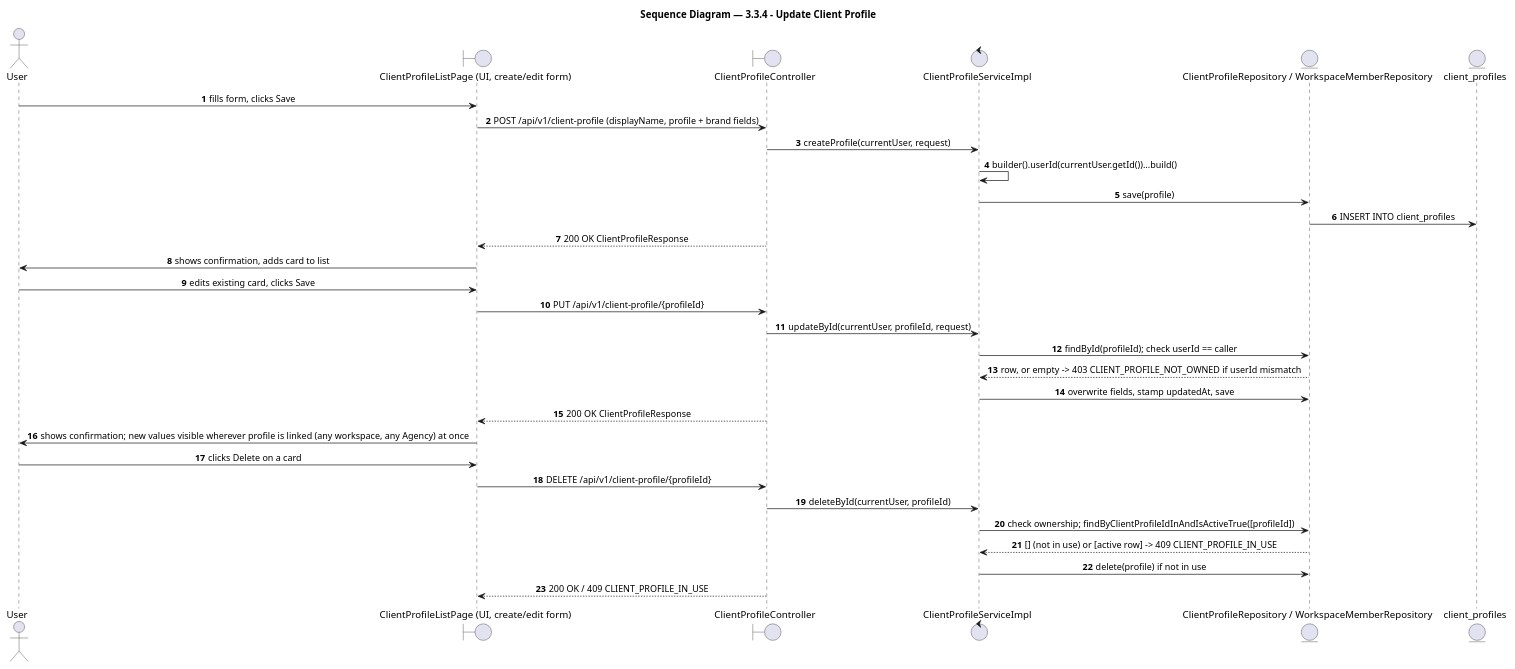
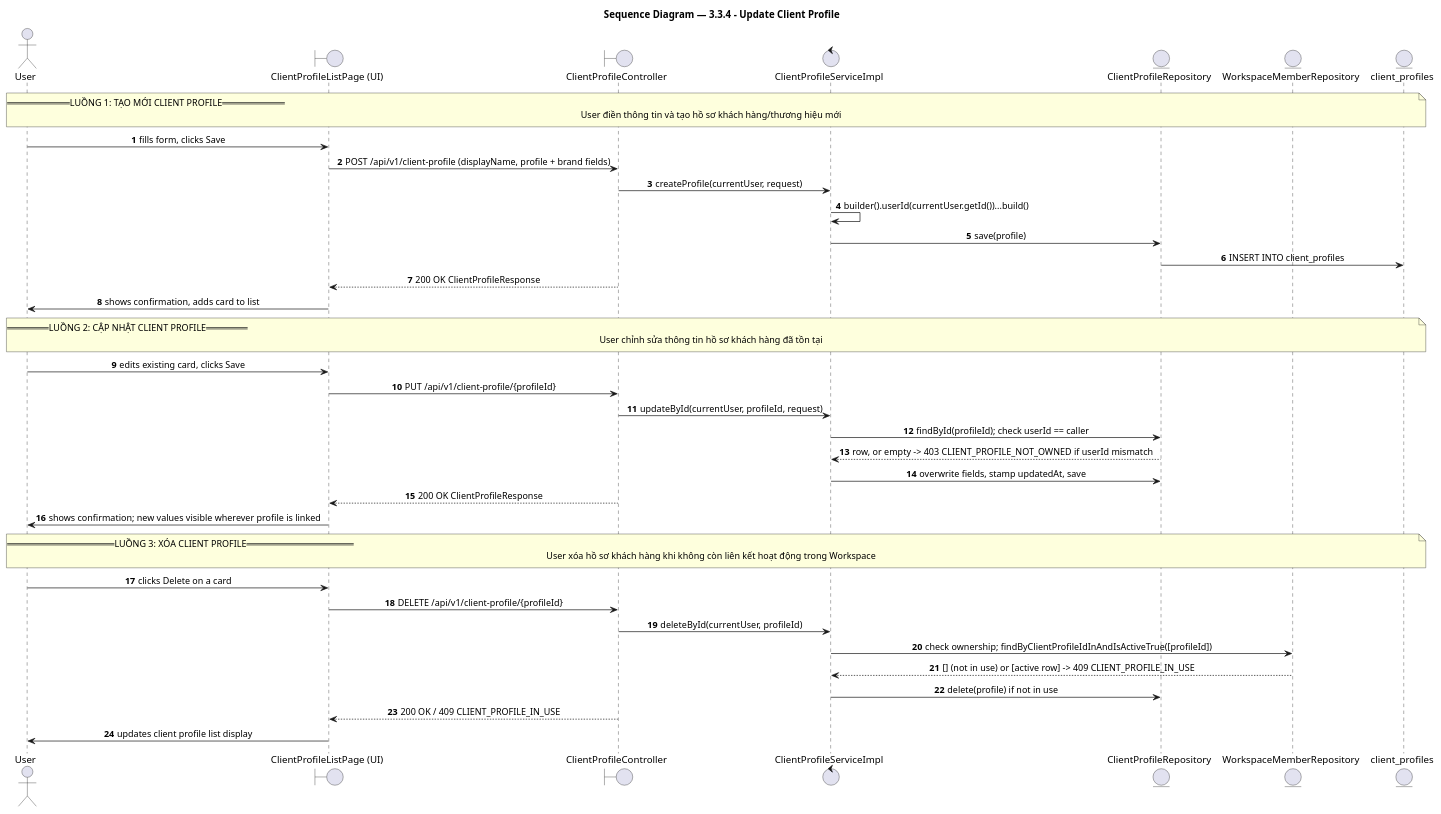
The diagram in docs/feature/profile/3-3-4-update-client-profile/report4_sequence.puml (BrandHubOrganization/brandhub-infrastructure), drawn with PlantUML before and after one commit. The commit also changed 21 other files, not shown here.

Commit message:
docs: add sequence diagrams and documentation for agency workspace and profile features

```diff
--- a/docs/feature/profile/3-3-4-update-client-profile/report4_sequence.puml
+++ b/docs/feature/profile/3-3-4-update-client-profile/report4_sequence.puml
@@ -1,43 +1,55 @@
 @startuml 3.3.4 - Update Client Profile
 title Sequence Diagram — 3.3.4 - Update Client Profile
 
 autonumber
 skinparam shadowing false
 skinparam sequenceMessageAlign center
 skinparam BoxPadding 10
 skinparam ParticipantPadding 10
 
 ' === Participants ===
 actor "User" as user
-boundary "ClientProfileListPage (UI, create/edit form)" as clientprofilelistpage_ui_create_edit_form
+boundary "ClientProfileListPage (UI)" as clientprofilelistpage_ui
 boundary "ClientProfileController" as clientprofilecontroller
 control "ClientProfileServiceImpl" as clientprofileserviceimpl
-entity "ClientProfileRepository / WorkspaceMemberRepository" as clientprofilerepository_workspacememberrepository
+entity "ClientProfileRepository" as clientprofilerepository
+entity "WorkspaceMemberRepository" as workspacememberrepository
 entity "client_profiles" as client_profiles
 
-' === Flow ===
-user -> clientprofilelistpage_ui_create_edit_form: fills form, clicks Save
-clientprofilelistpage_ui_create_edit_form -> clientprofilecontroller: POST /api/v1/client-profile (displayName, profile + brand fields)
+' === Flow 1 ===
+note over user, client_profiles : == LUỒNG 1: TẠO MỚI CLIENT PROFILE ==\nUser điền thông tin và tạo hồ sơ khách hàng/thương hiệu mới
+
+user -> clientprofilelistpage_ui: fills form, clicks Save
+clientprofilelistpage_ui -> clientprofilecontroller: POST /api/v1/client-profile (displayName, profile + brand fields)
 clientprofilecontroller -> clientprofileserviceimpl: createProfile(currentUser, request)
 clientprofileserviceimpl -> clientprofileserviceimpl: builder().userId(currentUser.getId())...build()
-clientprofileserviceimpl -> clientprofilerepository_workspacememberrepository: save(profile)
-clientprofilerepository_workspacememberrepository -> client_profiles: INSERT INTO client_profiles
-clientprofilecontroller --> clientprofilelistpage_ui_create_edit_form: 200 OK ClientProfileResponse
-clientprofilelistpage_ui_create_edit_form -> user: shows confirmation, adds card to list
-user -> clientprofilelistpage_ui_create_edit_form: edits existing card, clicks Save
-clientprofilelistpage_ui_create_edit_form -> clientprofilecontroller: PUT /api/v1/client-profile/{profileId}
+clientprofileserviceimpl -> clientprofilerepository: save(profile)
+clientprofilerepository -> client_profiles: INSERT INTO client_profiles
+clientprofilecontroller --> clientprofilelistpage_ui: 200 OK ClientProfileResponse
+clientprofilelistpage_ui -> user: shows confirmation, adds card to list
+
+' === Flow 2 ===
+note over user, client_profiles : == LUỒNG 2: CẬP NHẬT CLIENT PROFILE ==\nUser chỉnh sửa thông tin hồ sơ khách hàng đã tồn tại
+
+user -> clientprofilelistpage_ui: edits existing card, clicks Save
+clientprofilelistpage_ui -> clientprofilecontroller: PUT /api/v1/client-profile/{profileId}
 clientprofilecontroller -> clientprofileserviceimpl: updateById(currentUser, profileId, request)
-clientprofileserviceimpl -> clientprofilerepository_workspacememberrepository: findById(profileId); check userId == caller
-clientprofilerepository_workspacememberrepository --> clientprofileserviceimpl: row, or empty -> 403 CLIENT_PROFILE_NOT_OWNED if userId mismatch
-clientprofileserviceimpl -> clientprofilerepository_workspacememberrepository: overwrite fields, stamp updatedAt, save
-clientprofilecontroller --> clientprofilelistpage_ui_create_edit_form: 200 OK ClientProfileResponse
-clientprofilelistpage_ui_create_edit_form -> user: shows confirmation; new values visible wherever profile is linked (any workspace, any Agency) at once
-user -> clientprofilelistpage_ui_create_edit_form: clicks Delete on a card
-clientprofilelistpage_ui_create_edit_form -> clientprofilecontroller: DELETE /api/v1/client-profile/{profileId}
+clientprofileserviceimpl -> clientprofilerepository: findById(profileId); check userId == caller
+clientprofilerepository --> clientprofileserviceimpl: row, or empty -> 403 CLIENT_PROFILE_NOT_OWNED if userId mismatch
+clientprofileserviceimpl -> clientprofilerepository: overwrite fields, stamp updatedAt, save
+clientprofilecontroller --> clientprofilelistpage_ui: 200 OK ClientProfileResponse
+clientprofilelistpage_ui -> user: shows confirmation; new values visible wherever profile is linked
+
+' === Flow 3 ===
+note over user, client_profiles : == LUỒNG 3: XÓA CLIENT PROFILE ==\nUser xóa hồ sơ khách hàng khi không còn liên kết hoạt động trong Workspace
+
+user -> clientprofilelistpage_ui: clicks Delete on a card
+clientprofilelistpage_ui -> clientprofilecontroller: DELETE /api/v1/client-profile/{profileId}
 clientprofilecontroller -> clientprofileserviceimpl: deleteById(currentUser, profileId)
-clientprofileserviceimpl -> clientprofilerepository_workspacememberrepository: check ownership; findByClientProfileIdInAndIsActiveTrue([profileId])
-clientprofilerepository_workspacememberrepository --> clientprofileserviceimpl: [] (not in use) or [active row] -> 409 CLIENT_PROFILE_IN_USE
-clientprofileserviceimpl -> clientprofilerepository_workspacememberrepository: delete(profile) if not in use
-clientprofilecontroller --> clientprofilelistpage_ui_create_edit_form: 200 OK / 409 CLIENT_PROFILE_IN_USE
+clientprofileserviceimpl -> workspacememberrepository: check ownership; findByClientProfileIdInAndIsActiveTrue([profileId])
+workspacememberrepository --> clientprofileserviceimpl: [] (not in use) or [active row] -> 409 CLIENT_PROFILE_IN_USE
+clientprofileserviceimpl -> clientprofilerepository: delete(profile) if not in use
+clientprofilecontroller --> clientprofilelistpage_ui: 200 OK / 409 CLIENT_PROFILE_IN_USE
+clientprofilelistpage_ui -> user: updates client profile list display
 
 @enduml
```
